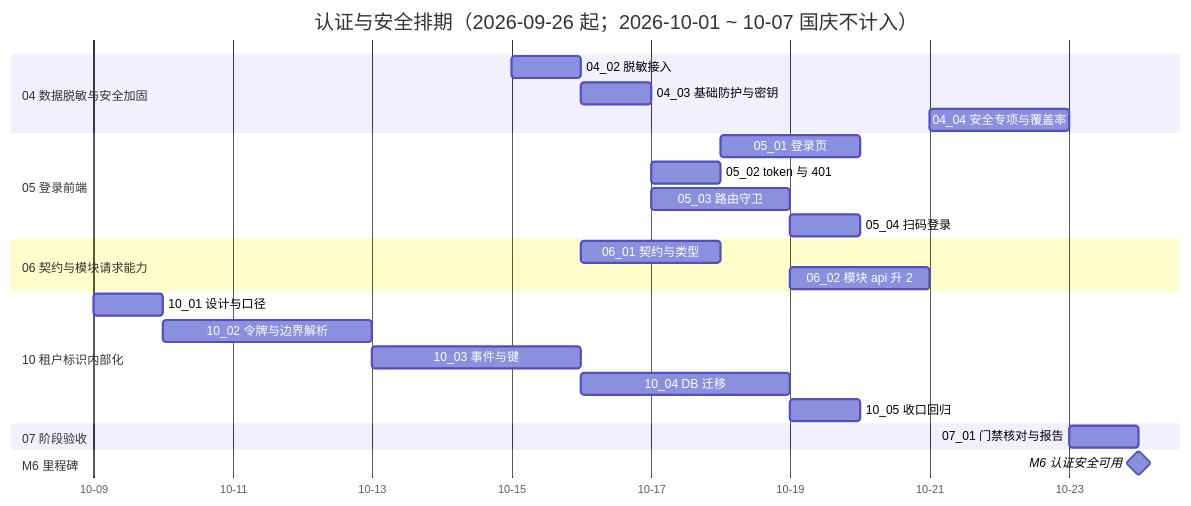
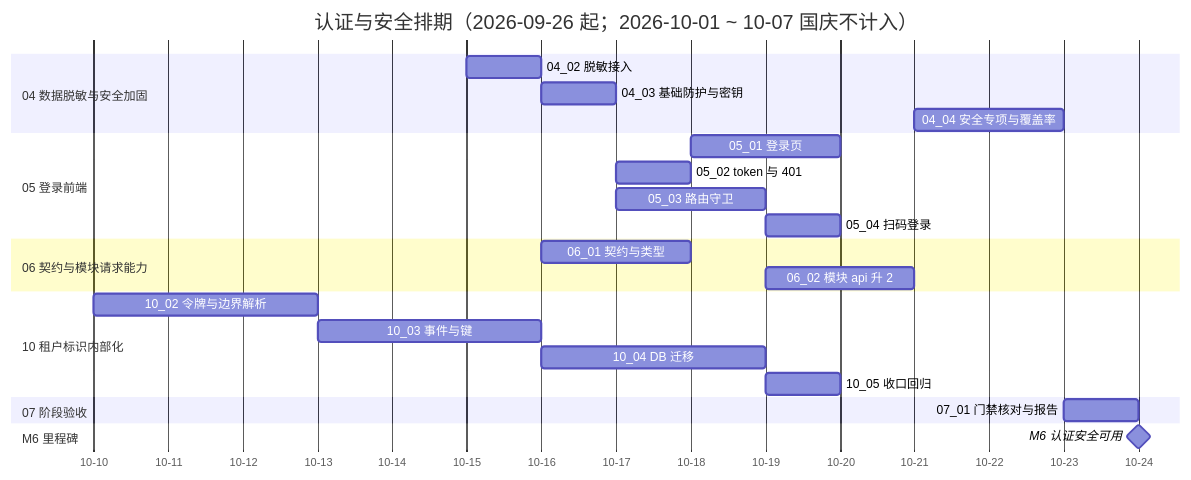
The diagram in bms文档/项目/06_认证与安全/计划/01_计划_认证与安全.md (minjian123/basic-management-system), drawn with Mermaid before and after one commit. The commit also changed other lines of this file and 5 other files, not shown here.

````diff
--- a/bms文档/项目/06_认证与安全/计划/01_计划_认证与安全.md
+++ b/bms文档/项目/06_认证与安全/计划/01_计划_认证与安全.md
@@ -72,29 +72,28 @@
 ```mermaid
 gantt
     title 认证与安全排期（2026-09-26 起；2026-10-01 ~ 10-07 国庆不计入）
     dateFormat  YYYY-MM-DD
     axisFormat %m-%d
     section 04 数据脱敏与安全加固
     04_02 脱敏接入 :d2, 2026-10-15, 1d
     04_03 基础防护与密钥 :d3, 2026-10-16, 1d
     04_04 安全专项与覆盖率 :d4, 2026-10-21, 2d
     section 05 登录前端
     05_01 登录页 :e1, 2026-10-18, 2d
     05_02 token 与 401 :e2, 2026-10-17, 1d
     05_03 路由守卫 :e3, 2026-10-17, 2d
     05_04 扫码登录 :e4, 2026-10-19, 1d
     section 06 契约与模块请求能力
     06_01 契约与类型 :f1, 2026-10-16, 2d
     06_02 模块 api 升 2 :f2, 2026-10-19, 2d
     section 10 租户标识内部化
-    10_01 设计与口径 :j1, 2026-10-09, 1d
     10_02 令牌与边界解析 :j2, 2026-10-10, 3d
     10_03 事件与键 :j3, 2026-10-13, 3d
     10_04 DB 迁移 :j4, 2026-10-16, 3d
     10_05 收口回归 :j5, 2026-10-19, 1d
 
     section 07 阶段验收
     07_01 门禁核对与报告 :g1, 2026-10-23, 1d
     section M6 里程碑
     M6 认证安全可用 :milestone, mm6, 2026-10-24, 0d
 ```
````
